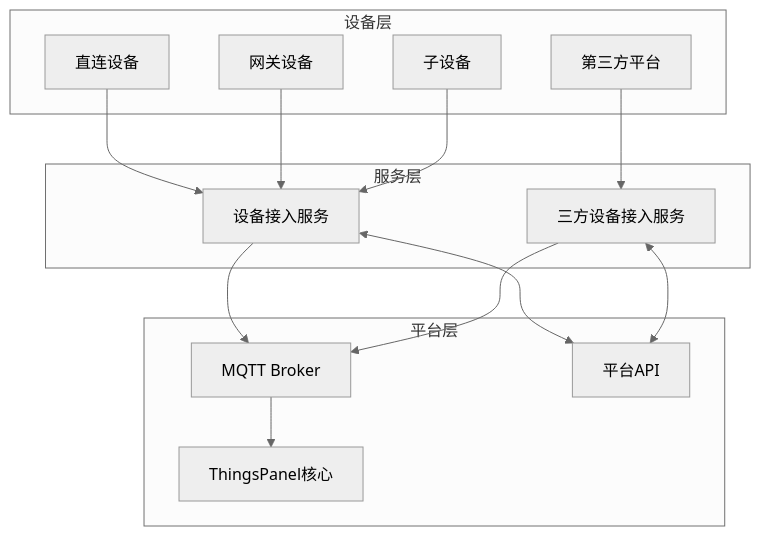
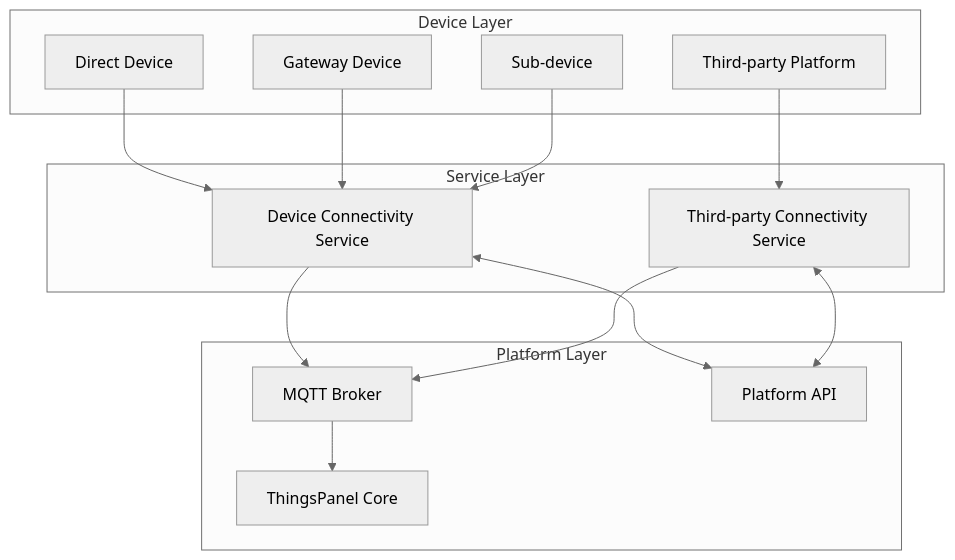
Before and after one commit to ThingsPanel/thingspanel.github.io: the first of 3 diagrams in docs/developer-guide/developing-plug-in/customProtocol.md, drawn with Mermaid (neutral theme). The commit also changed other lines of this file and 587 other files, not shown here.

````diff
--- a/docs/developer-guide/developing-plug-in/customProtocol.md
+++ b/docs/developer-guide/developing-plug-in/customProtocol.md
@@ -43,30 +43,30 @@
 ```mermaid
 graph TB
-    subgraph "设备层"
-        D1[直连设备]
-        D2[网关设备]
-        D3[子设备]
-        TP[第三方平台]
+    subgraph "Device Layer"
+        D1[Direct Device]
+        D2[Gateway Device]
+        D3[Sub-device]
+        TP[Third-party Platform]
     end
     
-    subgraph "服务层"
-        CP[设备接入服务]
-        SP[三方设备接入服务]
+    subgraph "Service Layer"
+        CP[Device Connectivity Service]
+        SP[Third-party Connectivity Service]
     end
     
-    subgraph "平台层"
+    subgraph "Platform Layer"
         MQTT[MQTT Broker]
-        API[平台API]
-        TP_CORE[ThingsPanel核心]
+        API[Platform API]
+        TP_CORE[ThingsPanel Core]
     end
     
     D1 --> CP
     D2 --> CP
     D3 --> CP
     TP --> SP
     CP --> MQTT
     SP --> MQTT
     MQTT --> TP_CORE
     CP <--> API
     SP <--> API
 ```
````
